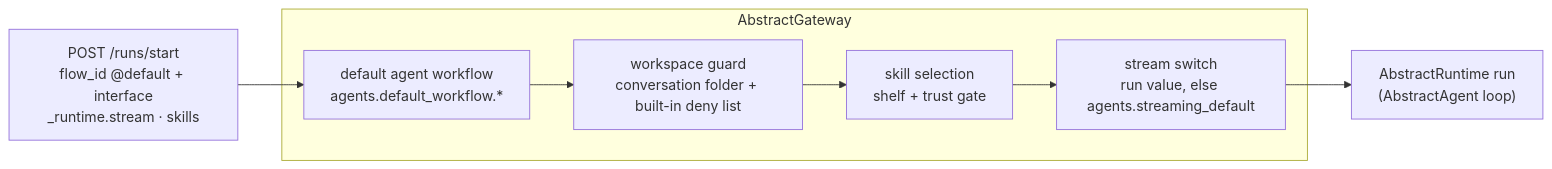
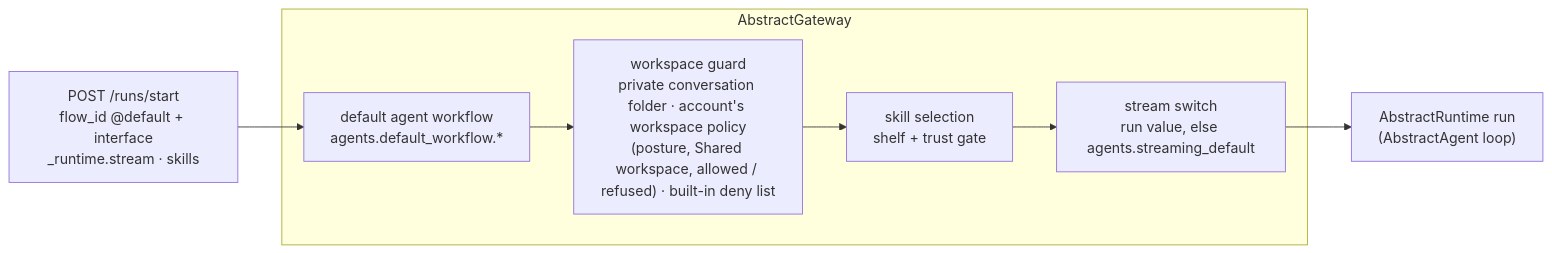
Before and after one commit to lpalbou/AbstractFramework: the fourth of 7 diagrams in docs/architecture.md, drawn with Mermaid. The commit also changed other lines of this file and 6 other files, not shown here.

````diff
--- a/docs/architecture.md
+++ b/docs/architecture.md
@@ -239,12 +239,12 @@
 ```mermaid
 flowchart LR
     START["POST /runs/start<br/>flow_id @default + interface<br/>_runtime.stream · skills"]
     subgraph GW["AbstractGateway"]
         WF["default agent workflow<br/>agents.default_workflow.*"]
-        WS["workspace guard<br/>conversation folder + built-in deny list"]
+        WS["workspace guard<br/>private conversation folder · account's workspace policy<br/>(posture, Shared workspace, allowed / refused) · built-in deny list"]
         SK["skill selection<br/>shelf + trust gate"]
         STR["stream switch<br/>run value, else agents.streaming_default"]
     end
     RUN["AbstractRuntime run<br/>(AbstractAgent loop)"]
     START --> WF --> WS --> SK --> STR --> RUN
 ```
````
